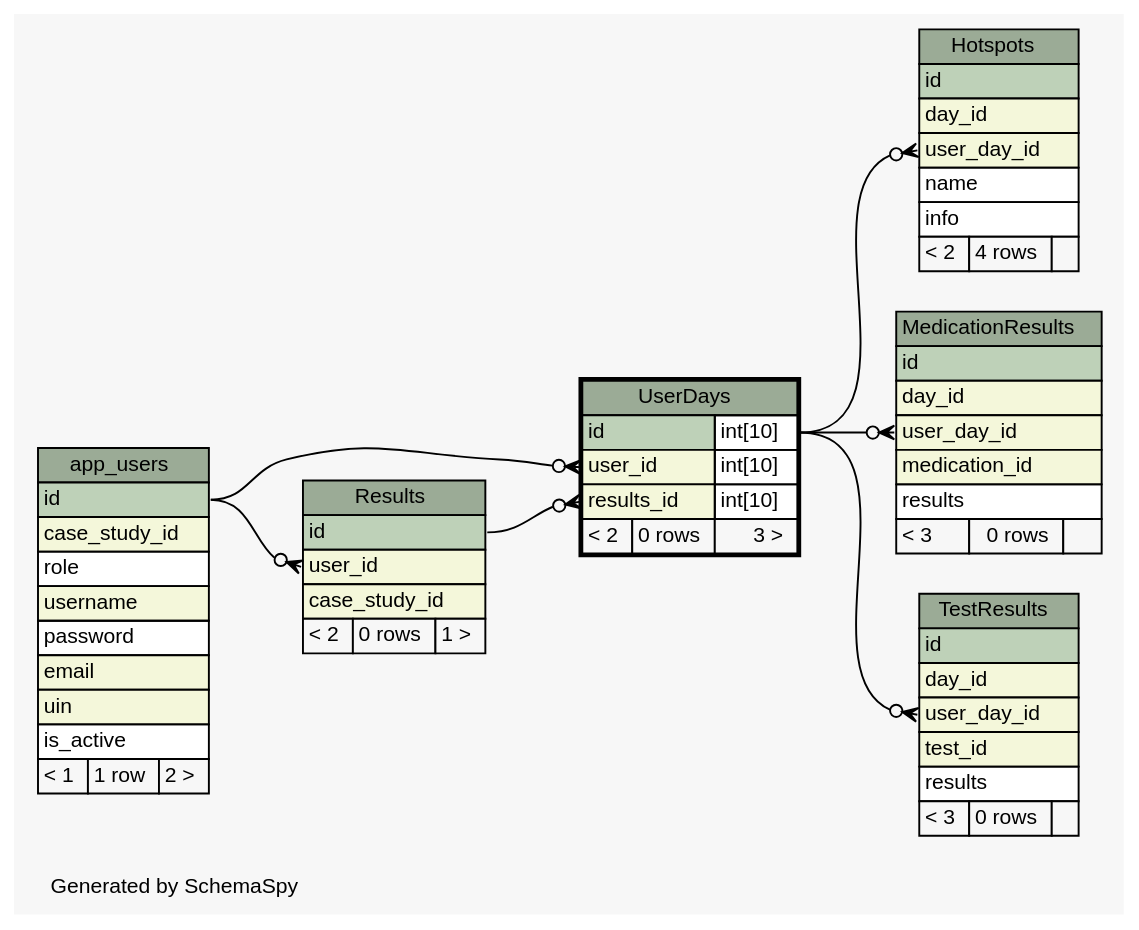
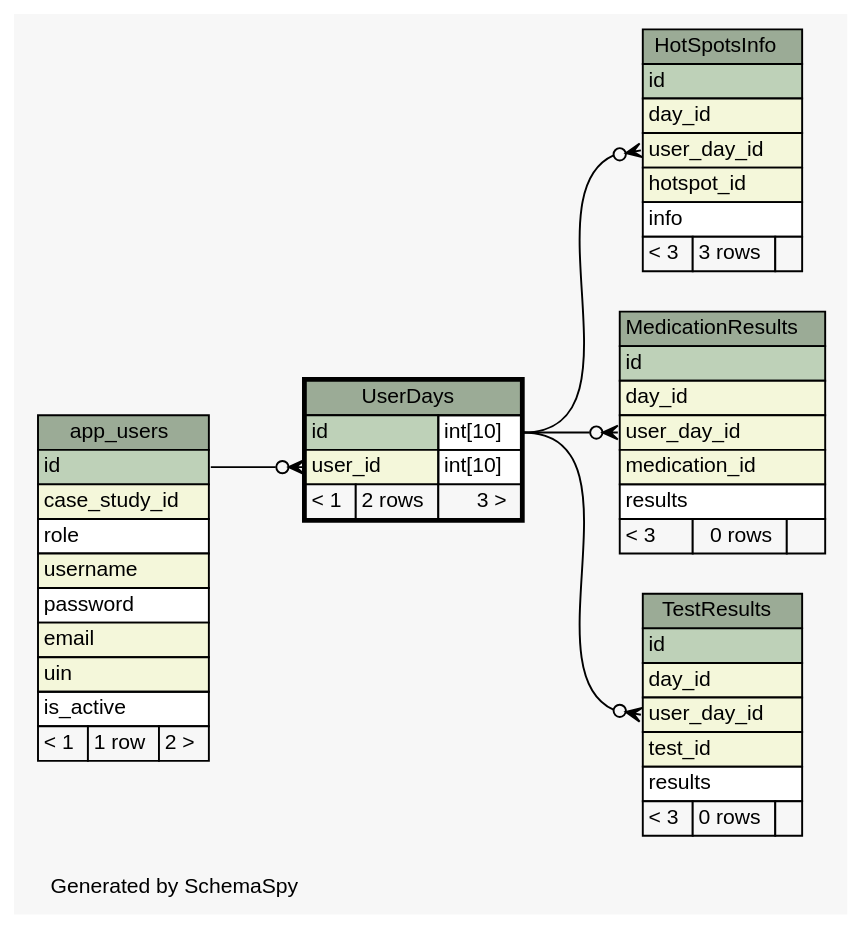
The diagram in web/files/schema/diagrams/UserDays.1degree.dot (carrel2/CaseStudies), drawn with Graphviz before and after one commit. The commit also changed 262 other files, not shown here.

```diff
--- a/web/files/schema/diagrams/UserDays.1degree.dot
+++ b/web/files/schema/diagrams/UserDays.1degree.dot
@@ -1,111 +1,96 @@
-// dot 2.38.0 on Linux 4.4.0-66-generic
+// dot 2.38.0 on Linux 4.4.0-67-generic
 // SchemaSpy rev 590
 digraph "oneDegreeRelationshipsDiagram" {
   graph [
     rankdir="RL"
     bgcolor="#f7f7f7"
     label="\nGenerated by SchemaSpy"
     labeljust="l"
     nodesep="0.18"
     ranksep="0.46"
     fontname="Helvetica"
     fontsize="11"
   ];
   node [
     fontname="Helvetica"
     fontsize="11"
     shape="plaintext"
   ];
   edge [
     arrowsize="0.8"
   ];
-  "Hotspots":"user_day_id":w -> "UserDays":"id.type":e [arrowhead=none dir=back arrowtail=crowodot];
+  "HotSpotsInfo":"user_day_id":w -> "UserDays":"id.type":e [arrowhead=none dir=back arrowtail=crowodot];
   "MedicationResults":"user_day_id":w -> "UserDays":"id.type":e [arrowhead=none dir=back arrowtail=crowodot];
-  "Results":"user_id":w -> "app_users":"id":e [arrowhead=none dir=back arrowtail=crowodot];
   "TestResults":"user_day_id":w -> "UserDays":"id.type":e [arrowhead=none dir=back arrowtail=crowodot];
-  "UserDays":"results_id":w -> "Results":"id":e [arrowhead=none dir=back arrowtail=crowodot];
   "UserDays":"user_id":w -> "app_users":"id":e [arrowhead=none dir=back arrowtail=crowodot];
   "app_users" [
     label=<
     <TABLE BORDER="0" CELLBORDER="1" CELLSPACING="0" BGCOLOR="#ffffff">
       <TR><TD COLSPAN="3" BGCOLOR="#9bab96" ALIGN="CENTER">app_users</TD></TR>
       <TR><TD PORT="id" COLSPAN="3" BGCOLOR="#bed1b8" ALIGN="LEFT">id</TD></TR>
       <TR><TD PORT="case_study_id" COLSPAN="3" BGCOLOR="#f4f7da" ALIGN="LEFT">case_study_id</TD></TR>
       <TR><TD PORT="role" COLSPAN="3" ALIGN="LEFT">role</TD></TR>
       <TR><TD PORT="username" COLSPAN="3" BGCOLOR="#f4f7da" ALIGN="LEFT">username</TD></TR>
       <TR><TD PORT="password" COLSPAN="3" ALIGN="LEFT">password</TD></TR>
       <TR><TD PORT="email" COLSPAN="3" BGCOLOR="#f4f7da" ALIGN="LEFT">email</TD></TR>
       <TR><TD PORT="uin" COLSPAN="3" BGCOLOR="#f4f7da" ALIGN="LEFT">uin</TD></TR>
       <TR><TD PORT="is_active" COLSPAN="3" ALIGN="LEFT">is_active</TD></TR>
       <TR><TD ALIGN="LEFT" BGCOLOR="#f7f7f7">&lt; 1</TD><TD ALIGN="RIGHT" BGCOLOR="#f7f7f7">1 row</TD><TD ALIGN="RIGHT" BGCOLOR="#f7f7f7">2 &gt;</TD></TR>
     </TABLE>>
     URL="app_users.html"
     tooltip="app_users"
   ];
-  "Hotspots" [
+  "HotSpotsInfo" [
     label=<
     <TABLE BORDER="0" CELLBORDER="1" CELLSPACING="0" BGCOLOR="#ffffff">
-      <TR><TD COLSPAN="3" BGCOLOR="#9bab96" ALIGN="CENTER">Hotspots</TD></TR>
+      <TR><TD COLSPAN="3" BGCOLOR="#9bab96" ALIGN="CENTER">HotSpotsInfo</TD></TR>
       <TR><TD PORT="id" COLSPAN="3" BGCOLOR="#bed1b8" ALIGN="LEFT">id</TD></TR>
       <TR><TD PORT="day_id" COLSPAN="3" BGCOLOR="#f4f7da" ALIGN="LEFT">day_id</TD></TR>
       <TR><TD PORT="user_day_id" COLSPAN="3" BGCOLOR="#f4f7da" ALIGN="LEFT">user_day_id</TD></TR>
-      <TR><TD PORT="name" COLSPAN="3" ALIGN="LEFT">name</TD></TR>
+      <TR><TD PORT="hotspot_id" COLSPAN="3" BGCOLOR="#f4f7da" ALIGN="LEFT">hotspot_id</TD></TR>
       <TR><TD PORT="info" COLSPAN="3" ALIGN="LEFT">info</TD></TR>
-      <TR><TD ALIGN="LEFT" BGCOLOR="#f7f7f7">&lt; 2</TD><TD ALIGN="RIGHT" BGCOLOR="#f7f7f7">4 rows</TD><TD ALIGN="RIGHT" BGCOLOR="#f7f7f7">  </TD></TR>
+      <TR><TD ALIGN="LEFT" BGCOLOR="#f7f7f7">&lt; 3</TD><TD ALIGN="RIGHT" BGCOLOR="#f7f7f7">3 rows</TD><TD ALIGN="RIGHT" BGCOLOR="#f7f7f7">  </TD></TR>
     </TABLE>>
-    URL="Hotspots.html"
-    tooltip="Hotspots"
+    URL="HotSpotsInfo.html"
+    tooltip="HotSpotsInfo"
   ];
   "MedicationResults" [
     label=<
     <TABLE BORDER="0" CELLBORDER="1" CELLSPACING="0" BGCOLOR="#ffffff">
       <TR><TD COLSPAN="3" BGCOLOR="#9bab96" ALIGN="CENTER">MedicationResults</TD></TR>
       <TR><TD PORT="id" COLSPAN="3" BGCOLOR="#bed1b8" ALIGN="LEFT">id</TD></TR>
       <TR><TD PORT="day_id" COLSPAN="3" BGCOLOR="#f4f7da" ALIGN="LEFT">day_id</TD></TR>
       <TR><TD PORT="user_day_id" COLSPAN="3" BGCOLOR="#f4f7da" ALIGN="LEFT">user_day_id</TD></TR>
       <TR><TD PORT="medication_id" COLSPAN="3" BGCOLOR="#f4f7da" ALIGN="LEFT">medication_id</TD></TR>
       <TR><TD PORT="results" COLSPAN="3" ALIGN="LEFT">results</TD></TR>
       <TR><TD ALIGN="LEFT" BGCOLOR="#f7f7f7">&lt; 3</TD><TD ALIGN="RIGHT" BGCOLOR="#f7f7f7">0 rows</TD><TD ALIGN="RIGHT" BGCOLOR="#f7f7f7">  </TD></TR>
     </TABLE>>
     URL="MedicationResults.html"
     tooltip="MedicationResults"
-  ];
-  "Results" [
-    label=<
-    <TABLE BORDER="0" CELLBORDER="1" CELLSPACING="0" BGCOLOR="#ffffff">
-      <TR><TD COLSPAN="3" BGCOLOR="#9bab96" ALIGN="CENTER">Results</TD></TR>
-      <TR><TD PORT="id" COLSPAN="3" BGCOLOR="#bed1b8" ALIGN="LEFT">id</TD></TR>
-      <TR><TD PORT="user_id" COLSPAN="3" BGCOLOR="#f4f7da" ALIGN="LEFT">user_id</TD></TR>
-      <TR><TD PORT="case_study_id" COLSPAN="3" BGCOLOR="#f4f7da" ALIGN="LEFT">case_study_id</TD></TR>
-      <TR><TD ALIGN="LEFT" BGCOLOR="#f7f7f7">&lt; 2</TD><TD ALIGN="RIGHT" BGCOLOR="#f7f7f7">0 rows</TD><TD ALIGN="RIGHT" BGCOLOR="#f7f7f7">1 &gt;</TD></TR>
-    </TABLE>>
-    URL="Results.html"
-    tooltip="Results"
   ];
   "TestResults" [
     label=<
     <TABLE BORDER="0" CELLBORDER="1" CELLSPACING="0" BGCOLOR="#ffffff">
       <TR><TD COLSPAN="3" BGCOLOR="#9bab96" ALIGN="CENTER">TestResults</TD></TR>
       <TR><TD PORT="id" COLSPAN="3" BGCOLOR="#bed1b8" ALIGN="LEFT">id</TD></TR>
       <TR><TD PORT="day_id" COLSPAN="3" BGCOLOR="#f4f7da" ALIGN="LEFT">day_id</TD></TR>
       <TR><TD PORT="user_day_id" COLSPAN="3" BGCOLOR="#f4f7da" ALIGN="LEFT">user_day_id</TD></TR>
       <TR><TD PORT="test_id" COLSPAN="3" BGCOLOR="#f4f7da" ALIGN="LEFT">test_id</TD></TR>
       <TR><TD PORT="results" COLSPAN="3" ALIGN="LEFT">results</TD></TR>
       <TR><TD ALIGN="LEFT" BGCOLOR="#f7f7f7">&lt; 3</TD><TD ALIGN="RIGHT" BGCOLOR="#f7f7f7">0 rows</TD><TD ALIGN="RIGHT" BGCOLOR="#f7f7f7">  </TD></TR>
     </TABLE>>
     URL="TestResults.html"
     tooltip="TestResults"
   ];
   "UserDays" [
     label=<
     <TABLE BORDER="2" CELLBORDER="1" CELLSPACING="0" BGCOLOR="#ffffff">
       <TR><TD COLSPAN="3" BGCOLOR="#9bab96" ALIGN="CENTER">UserDays</TD></TR>
       <TR><TD PORT="id" COLSPAN="2" BGCOLOR="#bed1b8" ALIGN="LEFT">id</TD><TD PORT="id.type" ALIGN="LEFT">int[10]</TD></TR>
       <TR><TD PORT="user_id" COLSPAN="2" BGCOLOR="#f4f7da" ALIGN="LEFT">user_id</TD><TD PORT="user_id.type" ALIGN="LEFT">int[10]</TD></TR>
-      <TR><TD PORT="results_id" COLSPAN="2" BGCOLOR="#f4f7da" ALIGN="LEFT">results_id</TD><TD PORT="results_id.type" ALIGN="LEFT">int[10]</TD></TR>
-      <TR><TD ALIGN="LEFT" BGCOLOR="#f7f7f7">&lt; 2</TD><TD ALIGN="RIGHT" BGCOLOR="#f7f7f7">0 rows</TD><TD ALIGN="RIGHT" BGCOLOR="#f7f7f7">3 &gt;</TD></TR>
+      <TR><TD ALIGN="LEFT" BGCOLOR="#f7f7f7">&lt; 1</TD><TD ALIGN="RIGHT" BGCOLOR="#f7f7f7">2 rows</TD><TD ALIGN="RIGHT" BGCOLOR="#f7f7f7">3 &gt;</TD></TR>
     </TABLE>>
     URL="UserDays.html"
     tooltip="UserDays"
   ];
 }
```
